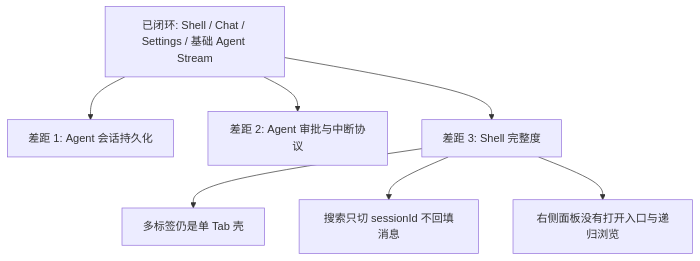
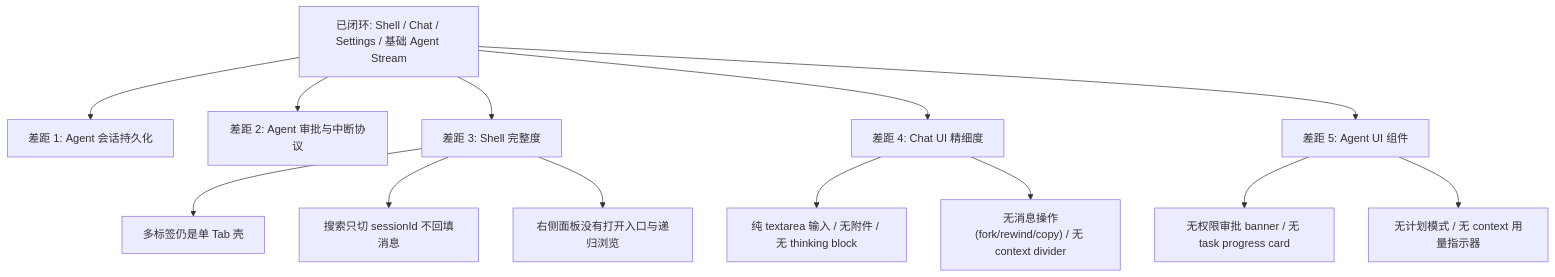
One commit to LingoJack/j-gui changed the diagram in .codestable/compound/2026-05-08-explore-proma-gap-analysis.md. Above: the diagram before and after it, drawn with Mermaid. The commit also changed other lines of this file and 39 other files, not shown here.

````diff
--- a/.codestable/compound/2026-05-08-explore-proma-gap-analysis.md
+++ b/.codestable/compound/2026-05-08-explore-proma-gap-analysis.md
@@ -23,9 +27,15 @@
 ```mermaid
 graph TD
     A["已闭环: Shell / Chat / Settings / 基础 Agent Stream"] --> B["差距 1: Agent 会话持久化"]
     A --> C["差距 2: Agent 审批与中断协议"]
     A --> D["差距 3: Shell 完整度"]
-    D --> E["多标签仍是单 Tab 壳"]
-    D --> F["搜索只切 sessionId 不回填消息"]
-    D --> G["右侧面板没有打开入口与递归浏览"]
+    A --> E["差距 4: Chat UI 精细度"]
+    A --> F["差距 5: Agent UI 组件"]
+    D --> G["多标签仍是单 Tab 壳"]
+    D --> H["搜索只切 sessionId 不回填消息"]
+    D --> I["右侧面板没有打开入口与递归浏览"]
+    E --> J["纯 textarea 输入 / 无附件 / 无 thinking block"]
+    E --> K["无消息操作(fork/rewind/copy) / 无 context divider"]
+    F --> L["无权限审批 banner / 无 task progress card"]
+    F --> M["无计划模式 / 无 context 用量指示器"]
 ```
````
